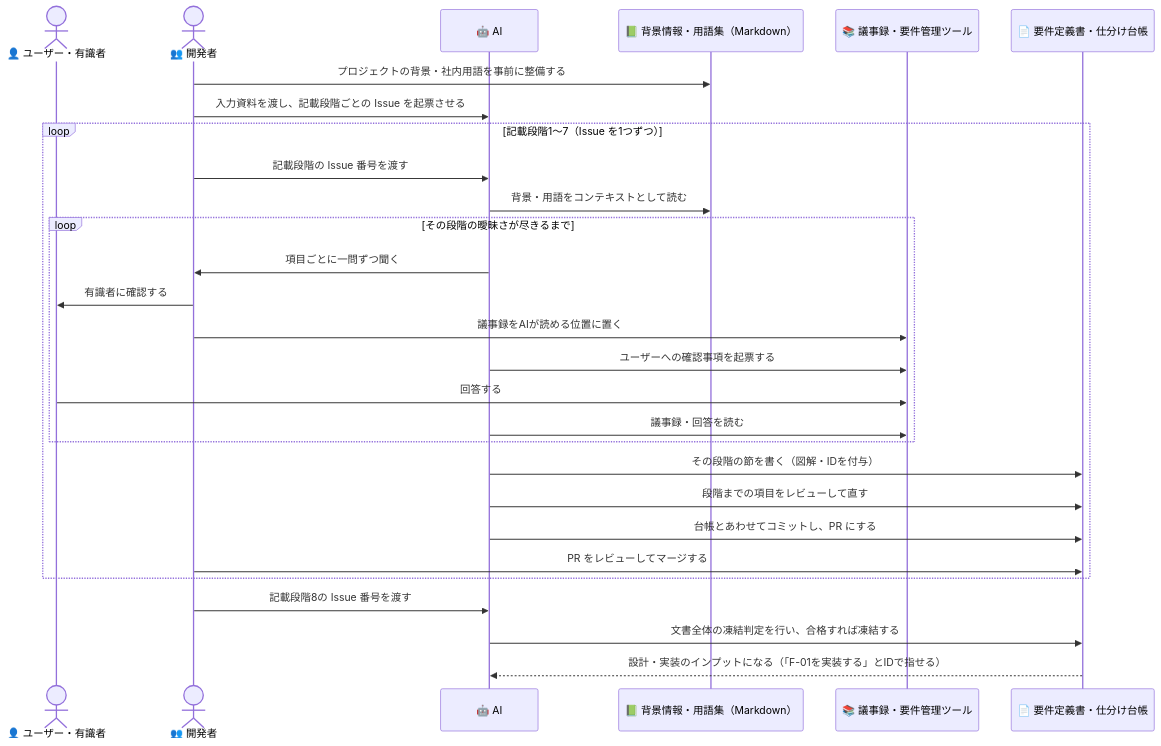
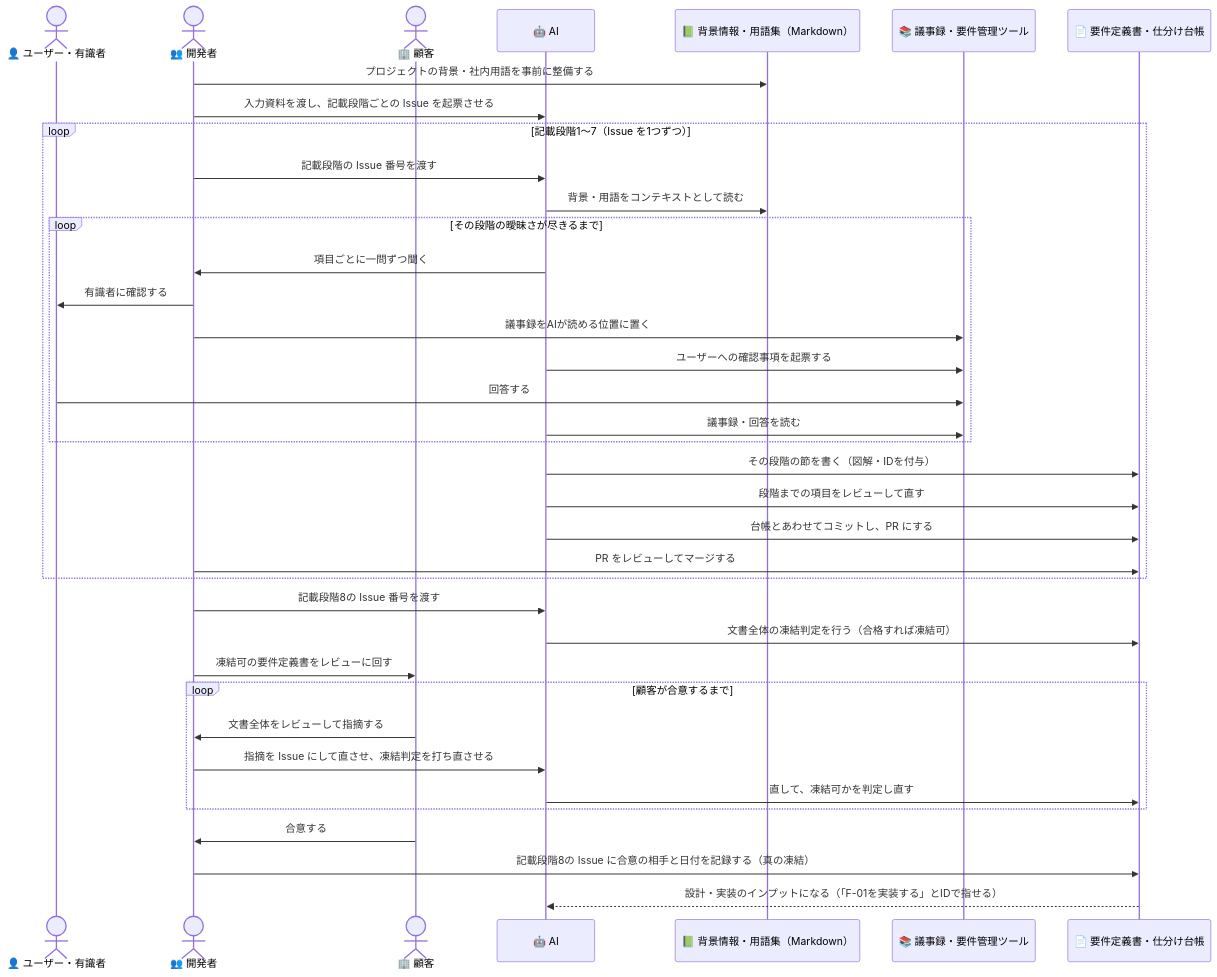
The third of 3 diagrams in docs/guide/ai-requirement-guide.md (kasiopeiya/claude-dev-template), drawn with Mermaid before and after one commit. The commit also changed 2 other files, not shown here.

Commit message:
docs: 凍結判定の後に顧客レビューと真の凍結を置く流れをポリシーとガイドに足す (#1578)

````diff
--- a/docs/guide/ai-requirement-guide.md
+++ b/docs/guide/ai-requirement-guide.md
@@ -143,33 +143,44 @@
 ```mermaid
 sequenceDiagram
     actor U as 👤 ユーザー・有識者
     actor D as 👥 開発者
+    actor C as 🏢 顧客
     participant AI as 🤖 AI
     participant B as 📗 背景情報・用語集（Markdown）
     participant K as 📚 議事録・要件管理ツール
     participant R as 📄 要件定義書・仕分け台帳
 
     D->>B: プロジェクトの背景・社内用語を事前に整備する
     D->>AI: 入力資料を渡し、記載段階ごとの Issue を起票させる
 
     loop 記載段階1〜7（Issue を1つずつ）
         D->>AI: 記載段階の Issue 番号を渡す
         AI->>B: 背景・用語をコンテキストとして読む
         loop その段階の曖昧さが尽きるまで
             AI->>D: 項目ごとに一問ずつ聞く
             D->>U: 有識者に確認する
             D->>K: 議事録をAIが読める位置に置く
             AI->>K: ユーザーへの確認事項を起票する
             U->>K: 回答する
             AI->>K: 議事録・回答を読む
         end
         AI->>R: その段階の節を書く（図解・IDを付与）
         AI->>R: 段階までの項目をレビューして直す
         AI->>R: 台帳とあわせてコミットし、PR にする
         D->>R: PR をレビューしてマージする
     end
 
     D->>AI: 記載段階8の Issue 番号を渡す
-    AI->>R: 文書全体の凍結判定を行い、合格すれば凍結する
+    AI->>R: 文書全体の凍結判定を行う（合格すれば凍結可）
+    D->>C: 凍結可の要件定義書をレビューに回す
+
+    loop 顧客が合意するまで
+        C->>D: 文書全体をレビューして指摘する
+        D->>AI: 指摘を Issue にして直させ、凍結判定を打ち直させる
+        AI->>R: 直して、凍結可かを判定し直す
+    end
+
+    C->>D: 合意する
+    D->>R: 記載段階8の Issue に合意の相手と日付を記録する（真の凍結）
     R-->>AI: 設計・実装のインプットになる（「F-01を実装する」とIDで指せる）
 ```
````
